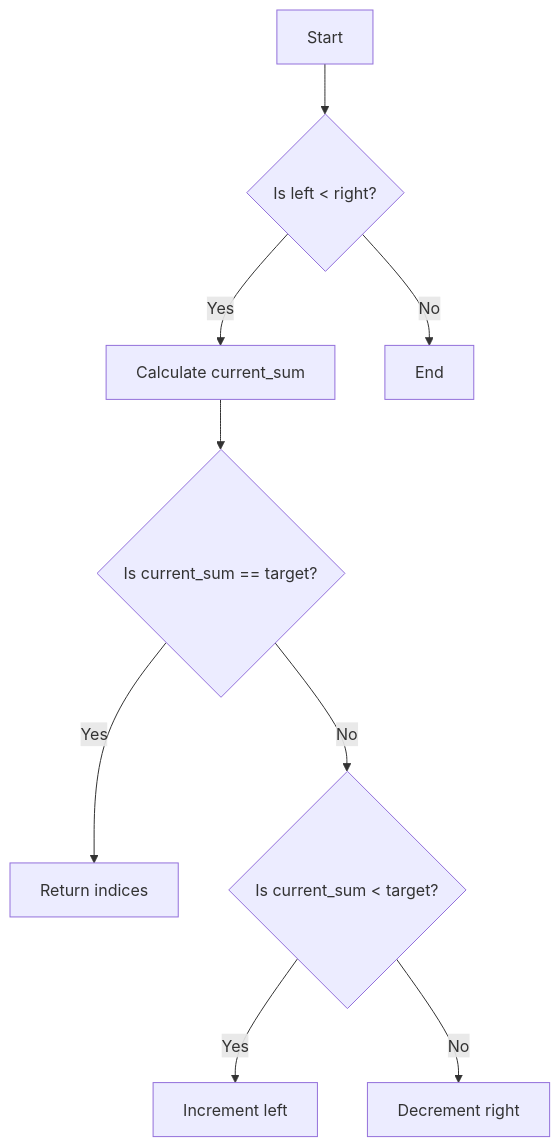
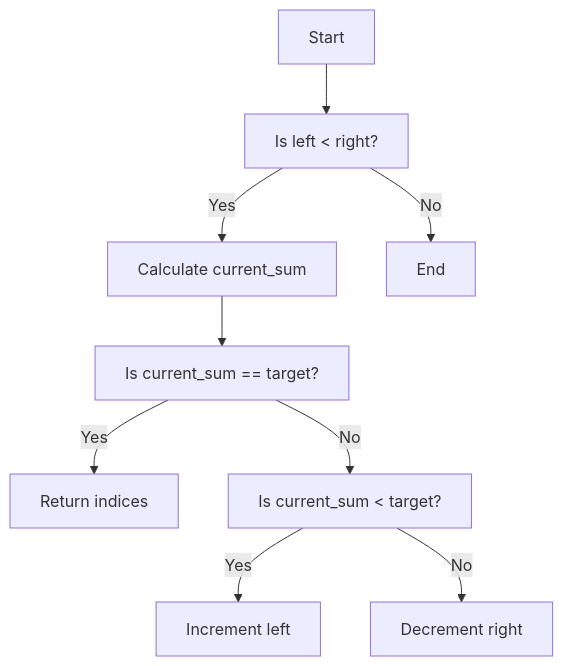
The sixth of 11 diagrams in content/post/2024/2024-10-16-two-pointers/index.md (42jerrykim/42jerrykim.github.io), drawn with Mermaid before and after one commit. The commit also changed other lines of this file and 13 other files, not shown here.

````diff
--- a/content/post/2024/2024-10-16-two-pointers/index.md
+++ b/content/post/2024/2024-10-16-two-pointers/index.md
@@ -608,11 +536,11 @@
 ```mermaid
 graph TD;
-    A[Start] --> B{Is left < right?}
-    B -- Yes --> C[Calculate current_sum]
-    C --> D{Is current_sum == target?}
-    D -- Yes --> E[Return indices]
-    D -- No --> F{Is current_sum < target?}
-    F -- Yes --> G[Increment left]
-    F -- No --> H[Decrement right]
-    B -- No --> I[End]
+    A[Start] --> B["Is left < right?"]
+    B -->|Yes| C[Calculate current_sum]
+    C --> D["Is current_sum == target?"]
+    D -->|Yes| E[Return indices]
+    D -->|No| F["Is current_sum < target?"]
+    F -->|Yes| G[Increment left]
+    F -->|No| H[Decrement right]
+    B -->|No| I[End]
 ```
````
